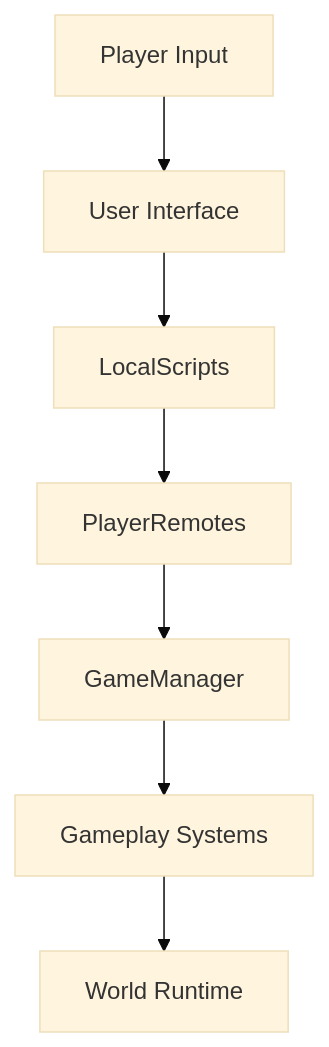
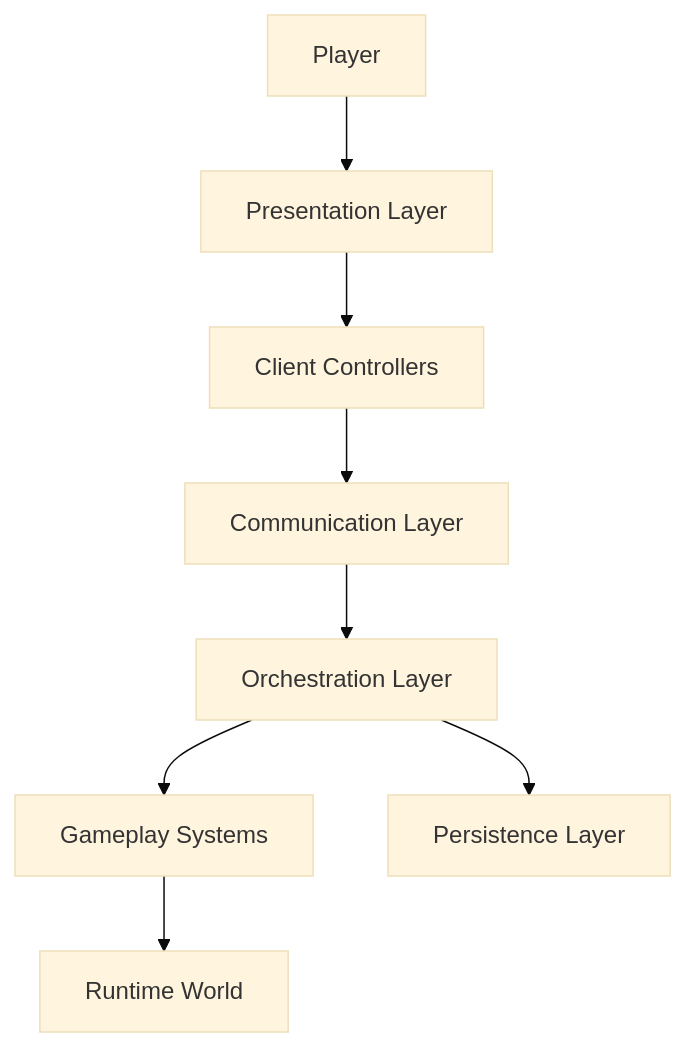
Before and after one commit to Pval-Dev/Idle-Boss-Fighters: the diagram in docs/client-server.md, drawn with Mermaid (base theme). The commit also changed other lines of this file, not shown here.

Commit message:
Document client-server communication layer

````diff
--- a/docs/client-server.md
+++ b/docs/client-server.md
@@ -11,29 +13,33 @@
 ```mermaid
 flowchart TD
 
-Player["Player Input"]
+Player["Player"]
 
-UI["User Interface"]
+UI["Presentation Layer"]
 
-LocalScripts["LocalScripts"]
+Local["Client Controllers"]
 
-Remotes["PlayerRemotes"]
+Remote["Communication Layer"]
 
-GameManager["GameManager"]
+GameManager["Orchestration Layer"]
 
 Systems["Gameplay Systems"]
 
-World["World Runtime"]
+Persistence["Persistence Layer"]
+
+World["Runtime World"]
 
 Player --> UI
 
-UI --> LocalScripts
+UI --> Local
 
-LocalScripts --> Remotes
+Local --> Remote
 
-Remotes --> GameManager
+Remote --> GameManager
 
 GameManager --> Systems
 
 Systems --> World
+
+GameManager --> Persistence
 ```
````
